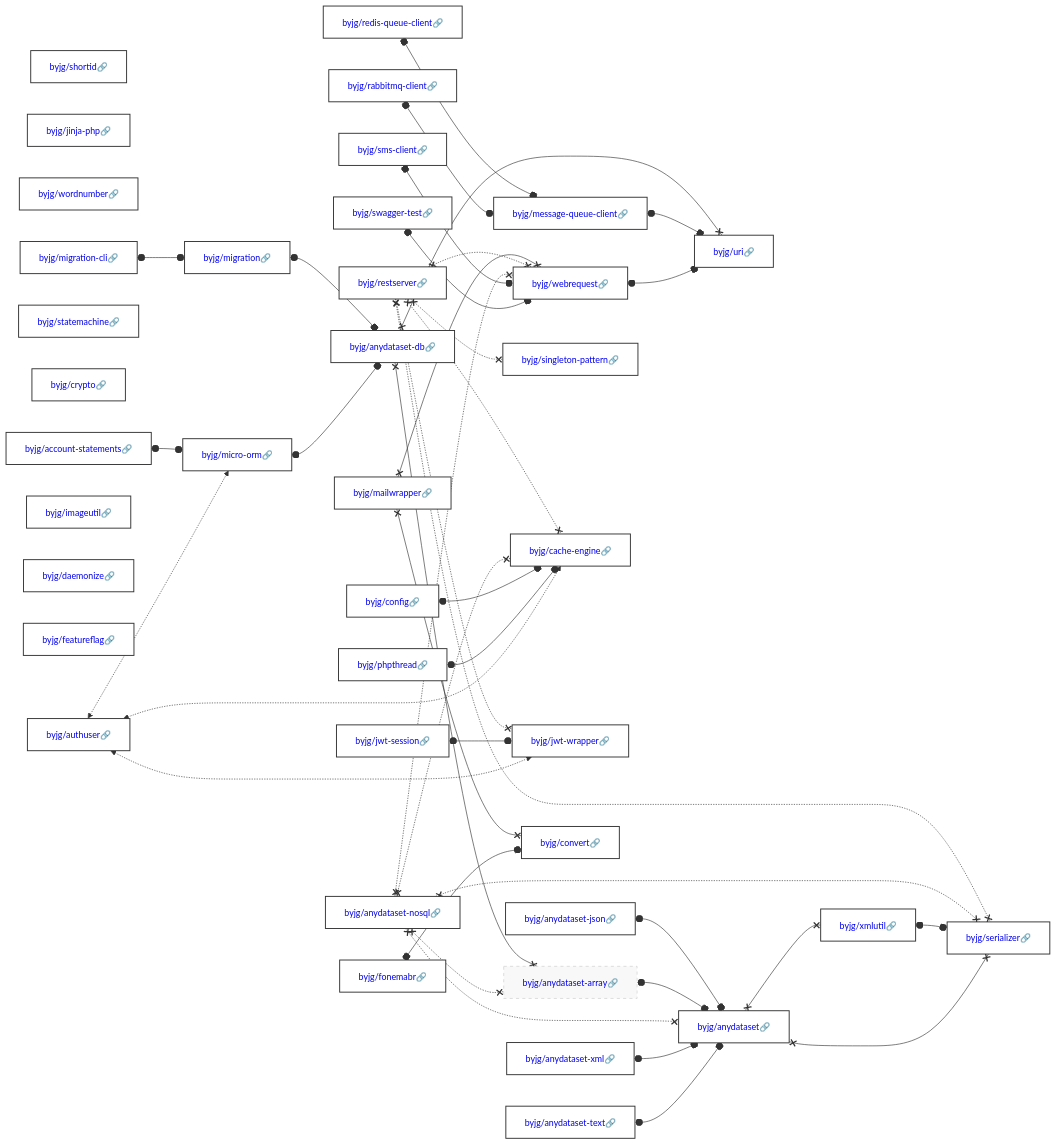
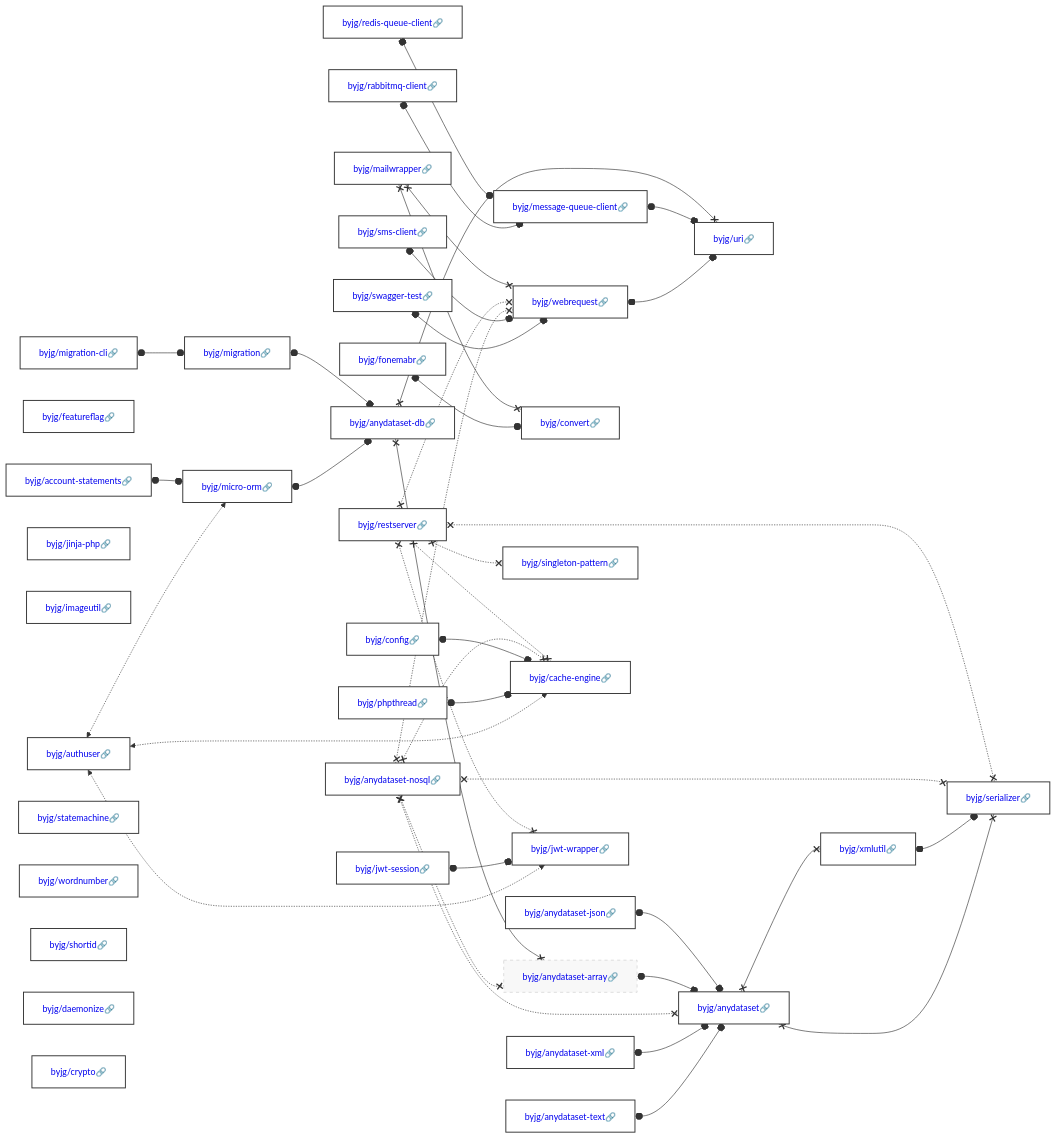
Before and after one commit to byjg/byjg.github.io: the diagram in docs/php/README.md, drawn with Mermaid. The commit also changed other lines of this file, not shown here.

Commit message:
Update documentation 'php' 'php-anydataset-db'

````diff
--- a/docs/php/README.md
+++ b/docs/php/README.md
@@ -3,38 +3,38 @@
 ```mermaid
 graph LR;
+  byjg/anydataset-text[<a href='https://opensource.byjg.com/docs/php/anydataset-text' style='text-decoration:none'>byjg/anydataset-text🔗</a>];
+  byjg/anydataset-nosql[<a href='https://opensource.byjg.com/docs/php/anydataset-nosql' style='text-decoration:none'>byjg/anydataset-nosql🔗</a>];
+  byjg/account-statements[<a href='https://opensource.byjg.com/docs/php/account-statements' style='text-decoration:none'>byjg/account-statements🔗</a>];
+  byjg/config[<a href='https://opensource.byjg.com/docs/php/config' style='text-decoration:none'>byjg/config🔗</a>];
+  byjg/featureflag[<a href='https://opensource.byjg.com/docs/php/featureflag' style='text-decoration:none'>byjg/featureflag🔗</a>];
+  byjg/mailwrapper[<a href='https://opensource.byjg.com/docs/php/mailwrapper' style='text-decoration:none'>byjg/mailwrapper🔗</a>];
+  byjg/swagger-test[<a href='https://opensource.byjg.com/docs/php/swagger-test' style='text-decoration:none'>byjg/swagger-test🔗</a>];
+  byjg/authuser[<a href='https://opensource.byjg.com/docs/php/authuser' style='text-decoration:none'>byjg/authuser🔗</a>];
+  byjg/jinja-php[<a href='https://opensource.byjg.com/docs/php/jinja-php' style='text-decoration:none'>byjg/jinja-php🔗</a>];
+  byjg/phpthread[<a href='https://opensource.byjg.com/docs/php/phpthread' style='text-decoration:none'>byjg/phpthread🔗</a>];
+  byjg/imageutil[<a href='https://opensource.byjg.com/docs/php/imageutil' style='text-decoration:none'>byjg/imageutil🔗</a>];
+  byjg/migration-cli[<a href='https://opensource.byjg.com/docs/php/migration-cli' style='text-decoration:none'>byjg/migration-cli🔗</a>];
+  byjg/statemachine[<a href='https://opensource.byjg.com/docs/php/statemachine' style='text-decoration:none'>byjg/statemachine🔗</a>];
+  byjg/wordnumber[<a href='https://opensource.byjg.com/docs/php/wordnumber' style='text-decoration:none'>byjg/wordnumber🔗</a>];
+  byjg/shortid[<a href='https://opensource.byjg.com/docs/php/shortid' style='text-decoration:none'>byjg/shortid🔗</a>];
+  byjg/daemonize[<a href='https://opensource.byjg.com/docs/php/daemonize' style='text-decoration:none'>byjg/daemonize🔗</a>];
+  byjg/jwt-session[<a href='https://opensource.byjg.com/docs/php/jwt-session' style='text-decoration:none'>byjg/jwt-session🔗</a>];
+  byjg/sms-client[<a href='https://opensource.byjg.com/docs/php/sms-client' style='text-decoration:none'>byjg/sms-client🔗</a>];
+  byjg/anydataset-xml[<a href='https://opensource.byjg.com/docs/php/anydataset-xml' style='text-decoration:none'>byjg/anydataset-xml🔗</a>];
   byjg/rabbitmq-client[<a href='https://opensource.byjg.com/docs/php/rabbitmq-client' style='text-decoration:none'>byjg/rabbitmq-client🔗</a>];
-  byjg/shortid[<a href='https://opensource.byjg.com/docs/php/shortid' style='text-decoration:none'>byjg/shortid🔗</a>];
-  byjg/phpthread[<a href='https://opensource.byjg.com/docs/php/phpthread' style='text-decoration:none'>byjg/phpthread🔗</a>];
-  byjg/jinja-php[<a href='https://opensource.byjg.com/docs/php/jinja-php' style='text-decoration:none'>byjg/jinja-php🔗</a>];
+  byjg/crypto[<a href='https://opensource.byjg.com/docs/php/crypto' style='text-decoration:none'>byjg/crypto🔗</a>];
+  byjg/fonemabr[<a href='https://opensource.byjg.com/docs/php/fonemabr' style='text-decoration:none'>byjg/fonemabr🔗</a>];
+  byjg/anydataset-json[<a href='https://opensource.byjg.com/docs/php/anydataset-json' style='text-decoration:none'>byjg/anydataset-json🔗</a>];
+  byjg/redis-queue-client[<a href='https://opensource.byjg.com/docs/php/redis-queue-client' style='text-decoration:none'>byjg/redis-queue-client🔗</a>];
   byjg/restserver[<a href='https://opensource.byjg.com/docs/php/restserver' style='text-decoration:none'>byjg/restserver🔗</a>];
-  byjg/wordnumber[<a href='https://opensource.byjg.com/docs/php/wordnumber' style='text-decoration:none'>byjg/wordnumber🔗</a>];
-  byjg/swagger-test[<a href='https://opensource.byjg.com/docs/php/swagger-test' style='text-decoration:none'>byjg/swagger-test🔗</a>];
-  byjg/anydataset-text[<a href='https://opensource.byjg.com/docs/php/anydataset-text' style='text-decoration:none'>byjg/anydataset-text🔗</a>];
-  byjg/fonemabr[<a href='https://opensource.byjg.com/docs/php/fonemabr' style='text-decoration:none'>byjg/fonemabr🔗</a>];
-  byjg/anydataset-xml[<a href='https://opensource.byjg.com/docs/php/anydataset-xml' style='text-decoration:none'>byjg/anydataset-xml🔗</a>];
-  byjg/anydataset-nosql[<a href='https://opensource.byjg.com/docs/php/anydataset-nosql' style='text-decoration:none'>byjg/anydataset-nosql🔗</a>];
-  byjg/anydataset-json[<a href='https://opensource.byjg.com/docs/php/anydataset-json' style='text-decoration:none'>byjg/anydataset-json🔗</a>];
-  byjg/account-statements[<a href='https://opensource.byjg.com/docs/php/account-statements' style='text-decoration:none'>byjg/account-statements🔗</a>];
-  byjg/statemachine[<a href='https://opensource.byjg.com/docs/php/statemachine' style='text-decoration:none'>byjg/statemachine🔗</a>];
-  byjg/crypto[<a href='https://opensource.byjg.com/docs/php/crypto' style='text-decoration:none'>byjg/crypto🔗</a>];
-  byjg/config[<a href='https://opensource.byjg.com/docs/php/config' style='text-decoration:none'>byjg/config🔗</a>];
-  byjg/sms-client[<a href='https://opensource.byjg.com/docs/php/sms-client' style='text-decoration:none'>byjg/sms-client🔗</a>];
-  byjg/authuser[<a href='https://opensource.byjg.com/docs/php/authuser' style='text-decoration:none'>byjg/authuser🔗</a>];
-  byjg/jwt-session[<a href='https://opensource.byjg.com/docs/php/jwt-session' style='text-decoration:none'>byjg/jwt-session🔗</a>];
-  byjg/imageutil[<a href='https://opensource.byjg.com/docs/php/imageutil' style='text-decoration:none'>byjg/imageutil🔗</a>];
-  byjg/daemonize[<a href='https://opensource.byjg.com/docs/php/daemonize' style='text-decoration:none'>byjg/daemonize🔗</a>];
-  byjg/redis-queue-client[<a href='https://opensource.byjg.com/docs/php/redis-queue-client' style='text-decoration:none'>byjg/redis-queue-client🔗</a>];
-  byjg/mailwrapper[<a href='https://opensource.byjg.com/docs/php/mailwrapper' style='text-decoration:none'>byjg/mailwrapper🔗</a>];
-  byjg/featureflag[<a href='https://opensource.byjg.com/docs/php/featureflag' style='text-decoration:none'>byjg/featureflag🔗</a>];
-  byjg/migration-cli[<a href='https://opensource.byjg.com/docs/php/migration-cli' style='text-decoration:none'>byjg/migration-cli🔗</a>];
+  byjg/micro-orm[<a href='https://opensource.byjg.com/docs/php/micro-orm' style='text-decoration:none'>byjg/micro-orm🔗</a>];
+  byjg/migration[<a href='https://opensource.byjg.com/docs/php/migration' style='text-decoration:none'>byjg/migration🔗</a>];
+  byjg/convert[<a href='https://opensource.byjg.com/docs/php/convert' style='text-decoration:none'>byjg/convert🔗</a>];
+  byjg/message-queue-client[<a href='https://opensource.byjg.com/docs/php/message-queue-client' style='text-decoration:none'>byjg/message-queue-client🔗</a>];
   byjg/singleton-pattern[<a href='https://opensource.byjg.com/docs/php/singleton-pattern' style='text-decoration:none'>byjg/singleton-pattern🔗</a>];
-  byjg/micro-orm[<a href='https://opensource.byjg.com/docs/php/micro-orm' style='text-decoration:none'>byjg/micro-orm🔗</a>];
   byjg/cache-engine[<a href='https://opensource.byjg.com/docs/php/cache-engine' style='text-decoration:none'>byjg/cache-engine🔗</a>];
+  byjg/webrequest[<a href='https://opensource.byjg.com/docs/php/webrequest' style='text-decoration:none'>byjg/webrequest🔗</a>];
   byjg/jwt-wrapper[<a href='https://opensource.byjg.com/docs/php/jwt-wrapper' style='text-decoration:none'>byjg/jwt-wrapper🔗</a>];
-  byjg/message-queue-client[<a href='https://opensource.byjg.com/docs/php/message-queue-client' style='text-decoration:none'>byjg/message-queue-client🔗</a>];
-  byjg/convert[<a href='https://opensource.byjg.com/docs/php/convert' style='text-decoration:none'>byjg/convert🔗</a>];
-  byjg/webrequest[<a href='https://opensource.byjg.com/docs/php/webrequest' style='text-decoration:none'>byjg/webrequest🔗</a>];
-  byjg/migration[<a href='https://opensource.byjg.com/docs/php/migration' style='text-decoration:none'>byjg/migration🔗</a>];
   byjg/anydataset-db[<a href='https://opensource.byjg.com/docs/php/anydataset-db' style='text-decoration:none'>byjg/anydataset-db🔗</a>];
   byjg/anydataset-array[<a href='https://opensource.byjg.com/docs/php/anydataset-array' style='text-decoration:none'>byjg/anydataset-array🔗</a>];
   byjg/uri[<a href='https://opensource.byjg.com/docs/php/uri' style='text-decoration:none'>byjg/uri🔗</a>];
````
